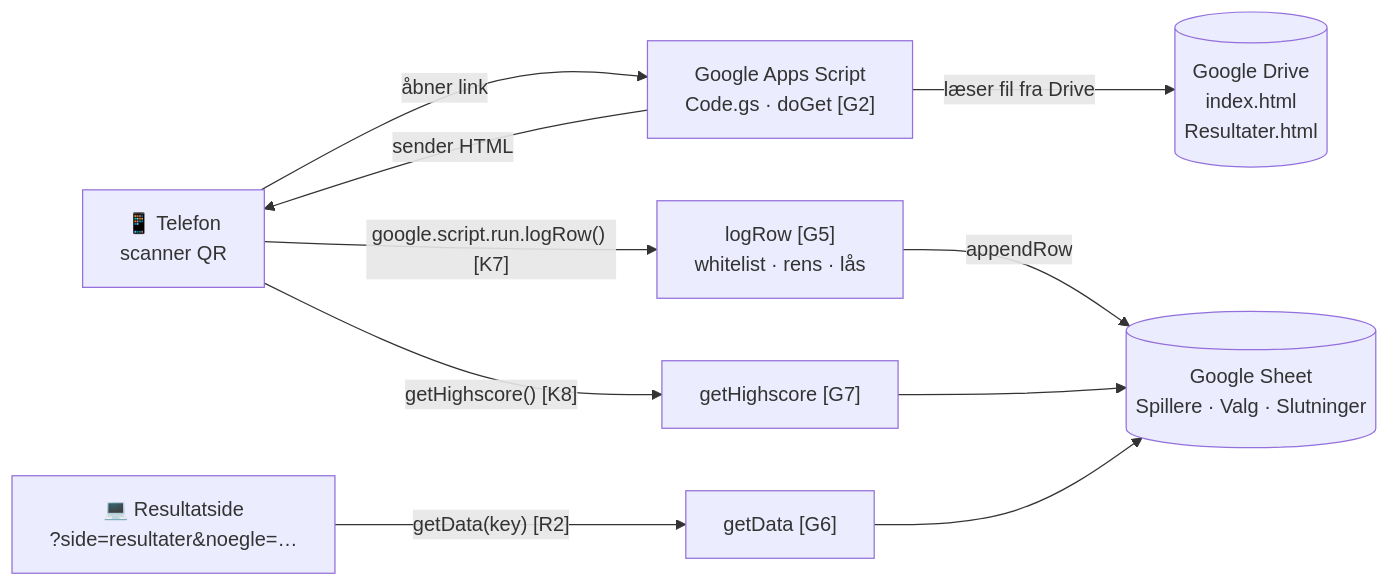
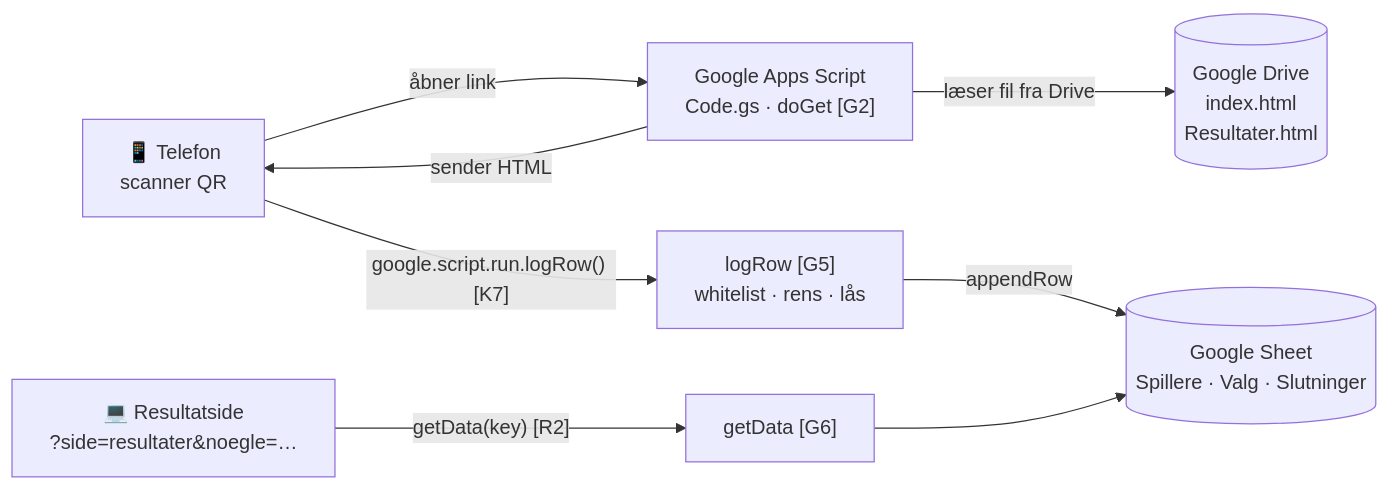
Before and after one commit to rapand1000/RUC: the first of 2 diagrams in sygeplejerske-spil/README.md, drawn with Mermaid. The commit also changed other lines of this file and 14 other files, not shown here.

````diff
--- a/sygeplejerske-spil/README.md
+++ b/sygeplejerske-spil/README.md
@@ -93,10 +118,9 @@
 ```mermaid
 flowchart LR
     T["📱 Telefon<br/>scanner QR"] -->|åbner link| G["Google Apps Script<br/>Code.gs · doGet [G2]"]
     G -->|læser fil fra Drive| D[("Google Drive<br/>index.html<br/>Resultater.html")]
     G -->|sender HTML| T
     T -->|"google.script.run.logRow() [K7]"| L["logRow [G5]<br/>whitelist · rens · lås"]
     L -->|appendRow| S[("Google Sheet<br/>Spillere · Valg · Slutninger")]
-    T -->|"getHighscore() [K8]"| H["getHighscore [G7]"] --> S
     R["💻 Resultatside<br/>?side=resultater&noegle=…"] -->|"getData(key) [R2]"| GD["getData [G6]"] --> S
 ```
````
